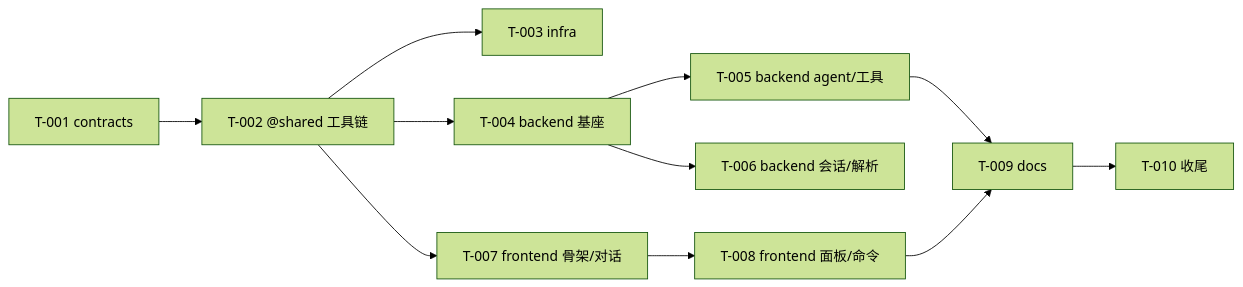
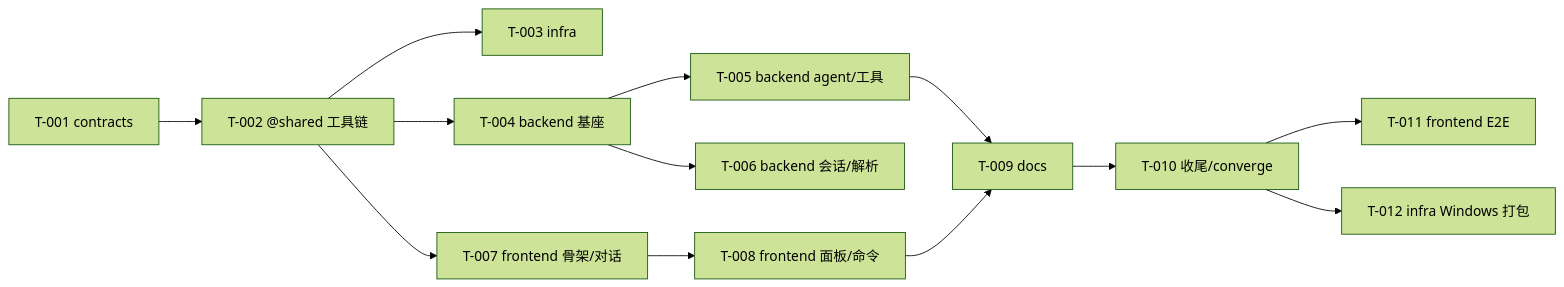
The diagram in docs/tasks/BOARD.md (Pizuu/ai-code-manager), drawn with Mermaid (forest theme) before and after one commit. The commit also changed other lines of this file and 6 other files, not shown here.

Commit message:
chore(shared): 收尾——ROADMAP、看板与卡片 flow-back，新增 ready 卡 T-011/T-012 (T039)

````diff
--- a/docs/tasks/BOARD.md
+++ b/docs/tasks/BOARD.md
@@ -21,13 +24,15 @@
 ```mermaid
 graph LR
   T001[T-001 contracts] --> T002[T-002 @shared 工具链]
   T002 --> T003[T-003 infra]
   T002 --> T004[T-004 backend 基座]
   T004 --> T005[T-005 backend agent/工具]
   T004 --> T006[T-006 backend 会话/解析]
   T002 --> T007[T-007 frontend 骨架/对话]
   T007 --> T008[T-008 frontend 面板/命令]
   T005 --> T009[T-009 docs]
   T008 --> T009
-  T009 --> T010[T-010 收尾]
+  T009 --> T010[T-010 收尾/converge]
+  T010 --> T011[T-011 frontend E2E]
+  T010 --> T012[T-012 infra Windows 打包]
 ```
````
